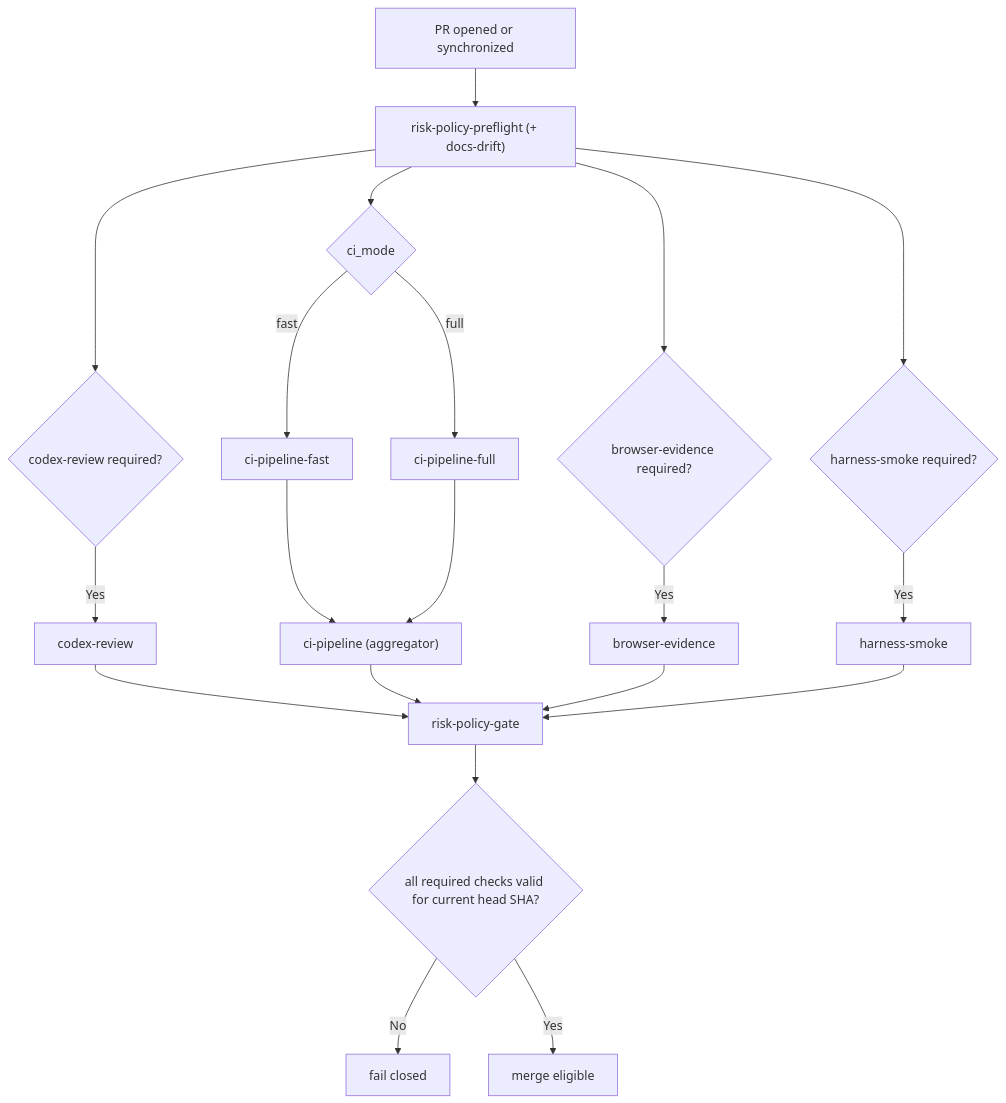
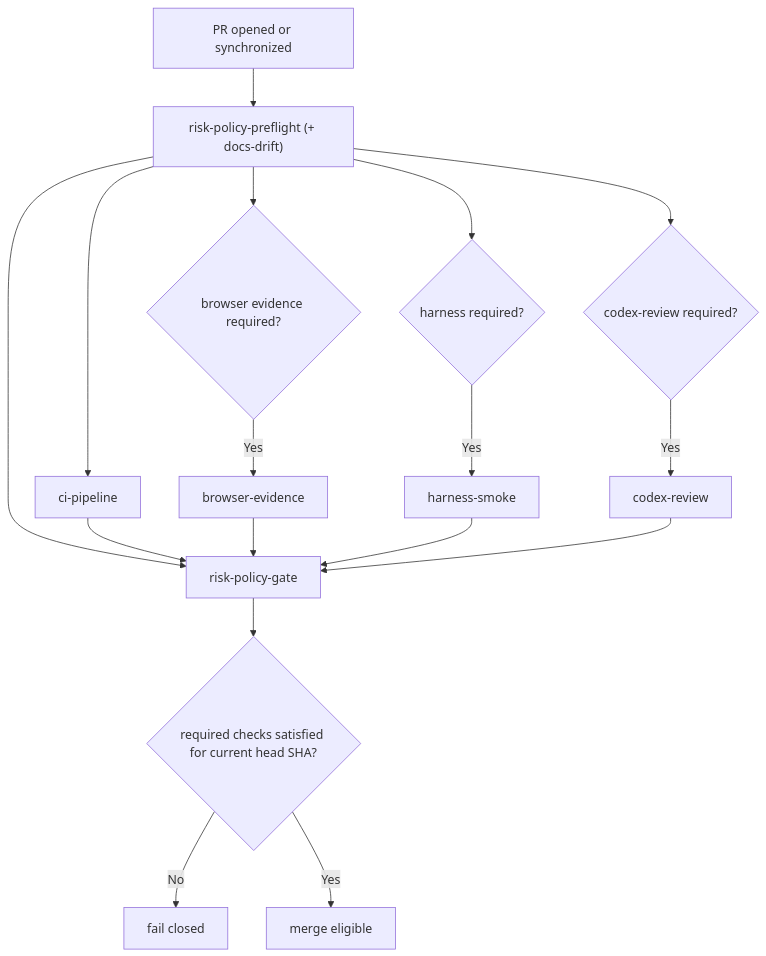
The diagram in docs/merge-policy.md (glcsolutions-ca/compass), drawn with Mermaid before and after one commit. The commit also changed other lines of this file and 13 other files, not shown here.

````diff
--- a/docs/merge-policy.md
+++ b/docs/merge-policy.md
@@ -115,22 +96,19 @@
 ```mermaid
 flowchart TD
   A["PR opened or synchronized"] --> B["risk-policy-preflight (+ docs-drift)"]
-  B --> D{"codex-review required?"}
-  D -- Yes --> DR["codex-review"]
-  B --> E{"ci_mode"}
-  E -- fast --> EF["ci-pipeline-fast"]
-  E -- full --> EL["ci-pipeline-full"]
-  EF --> EA["ci-pipeline (aggregator)"]
-  EL --> EA["ci-pipeline (aggregator)"]
-  B --> F{"browser-evidence required?"}
-  B --> G{"harness-smoke required?"}
-  F -- Yes --> H["browser-evidence"]
-  G -- Yes --> I["harness-smoke"]
-  DR --> J["risk-policy-gate"]
-  EA --> J["risk-policy-gate"]
+  B --> C["ci-pipeline"]
+  B --> D{"browser evidence required?"}
+  B --> E{"harness required?"}
+  B --> F{"codex-review required?"}
+  D -- Yes --> G["browser-evidence"]
+  E -- Yes --> H["harness-smoke"]
+  F -- Yes --> I["codex-review"]
+  B --> J["risk-policy-gate"]
+  C --> J
+  G --> J
   H --> J
   I --> J
-  J --> K{"all required checks valid for current head SHA?"}
+  J --> K{"required checks satisfied for current head SHA?"}
   K -- No --> X["fail closed"]
   K -- Yes --> M["merge eligible"]
 ```
````
